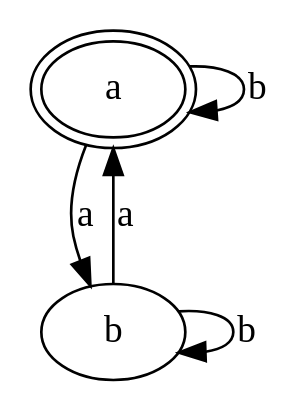
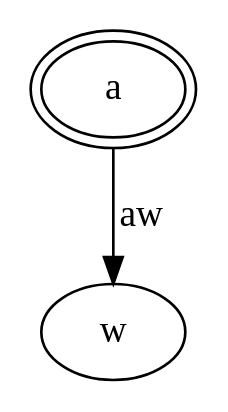
One commit to Antonio-Melo/COMP-Autoanalyze changed the diagram in dot/test.dot. Above: the diagram before and after it, drawn with Graphviz. The commit also changed 40 other files, not shown here.

```diff
--- a/dot/test.dot
+++ b/dot/test.dot
@@ -1,8 +1,5 @@
 digraph G2
  {
-     a -> a [label=b];
-     a -> b [label=a];
-     b -> b [label=b];
-     b -> a [label=a];
+     a -> w [label=aw];
      a [peripheries=2];
  }
```
